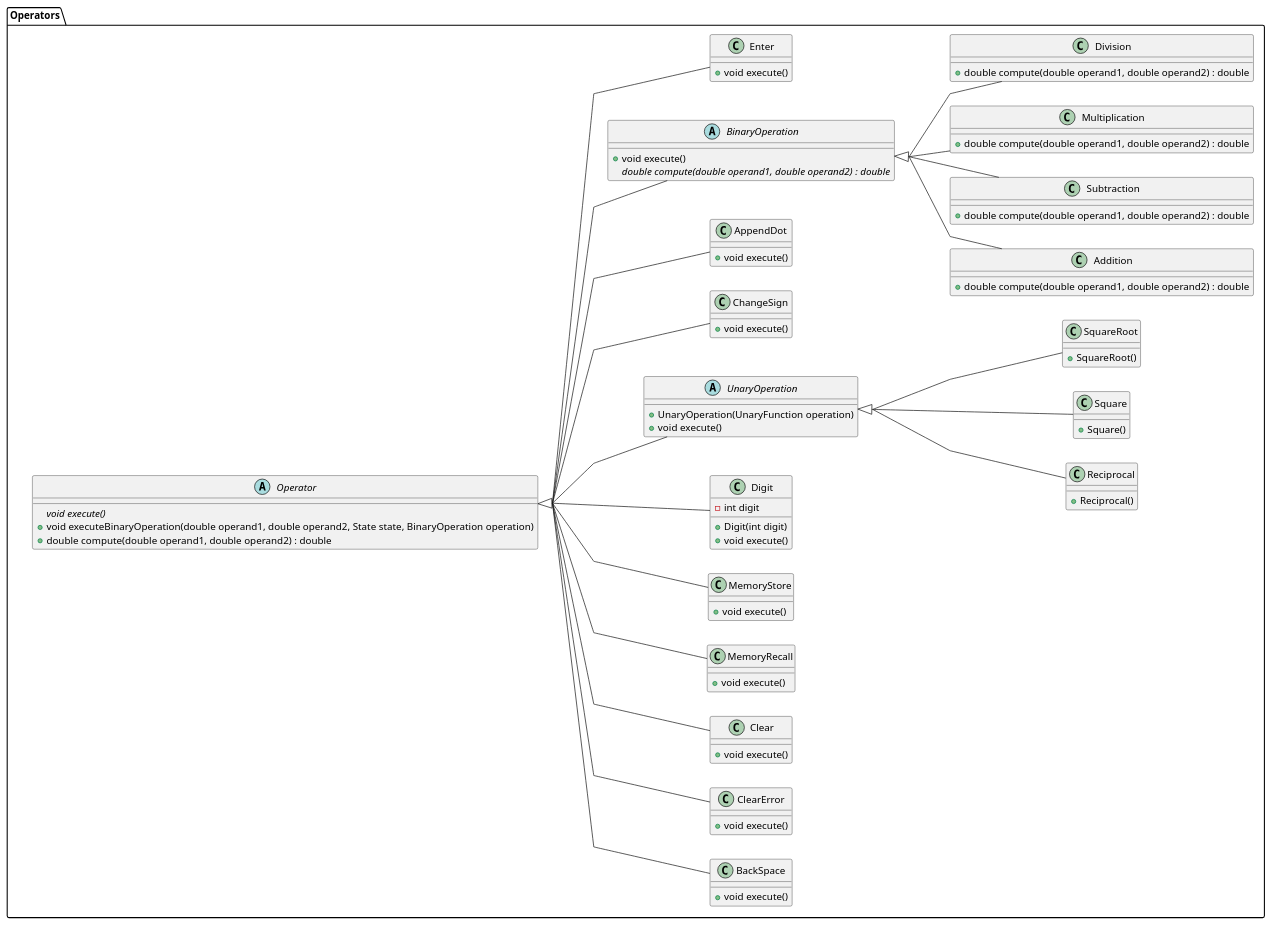
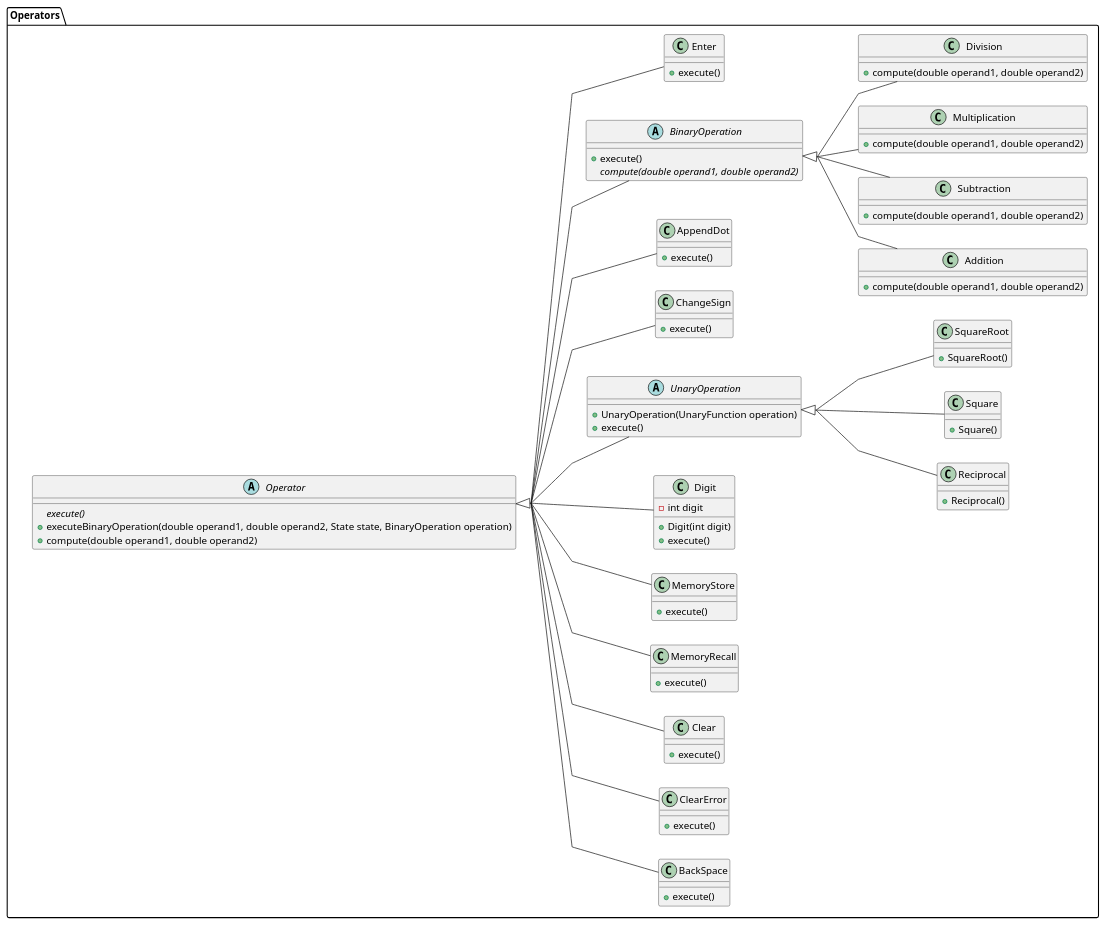
One commit to Dansnts/POO-Labo7 changed the diagram in UML_Diagrams/Operator_uml.puml. Above: the diagram before and after it, drawn with PlantUML. The commit also changed 6 other files, not shown here.

Commit message:
updated diagrams

```diff
--- a/UML_Diagrams/Operator_uml.puml
+++ b/UML_Diagrams/Operator_uml.puml
@@ -1,89 +1,89 @@
 @startuml
 skinparam linetype polyline
 skinparam groupInheritance 2
 left to right direction
 package "Operators" {
   abstract class Operator {
-    {abstract} void execute()
-    + void executeBinaryOperation(double operand1, double operand2, State state, BinaryOperation operation)
-    + double compute(double operand1, double operand2) : double
+    {abstract} execute()
+    + executeBinaryOperation(double operand1, double operand2, State state, BinaryOperation operation)
+    + compute(double operand1, double operand2)
   }
 
   class BackSpace extends Operator {
-    + void execute()
+    + execute()
   }
 
   class ClearError extends Operator {
-    + void execute()
+    + execute()
   }
 
   class Clear extends Operator {
-    + void execute()
+    + execute()
   }
 
   class MemoryRecall extends Operator {
-    + void execute()
+    + execute()
   }
 
   class MemoryStore extends Operator {
-    + void execute()
+    + execute()
   }
 
   class Digit extends Operator {
     - int digit
     + Digit(int digit)
-    + void execute()
+    + execute()
   }
 
   abstract class UnaryOperation extends Operator {
     + UnaryOperation(UnaryFunction operation)
-    + void execute()
+    + execute()
   }
 
   class ChangeSign extends Operator {
-    + void execute()
+    + execute()
   }
 
   class AppendDot extends Operator {
-    + void execute()
+    + execute() 
   }
 
   class Reciprocal extends UnaryOperation {
     + Reciprocal()
   }
 
   class Square extends UnaryOperation {
     + Square()
   }
 
   class SquareRoot extends UnaryOperation {
     + SquareRoot()
   }
 
   abstract class BinaryOperation extends Operator {
-    + void execute()
-    {abstract} double compute(double operand1, double operand2) : double
+    + execute()
+    {abstract} compute(double operand1, double operand2)
   }
 
   class Addition extends BinaryOperation {
-    + double compute(double operand1, double operand2) : double
+    + compute(double operand1, double operand2)
   }
 
   class Subtraction extends BinaryOperation {
-    + double compute(double operand1, double operand2) : double
+    + compute(double operand1, double operand2)
   }
 
   class Multiplication extends BinaryOperation {
-    + double compute(double operand1, double operand2) : double
+    + compute(double operand1, double operand2)
   }
 
   class Division extends BinaryOperation {
-    + double compute(double operand1, double operand2) : double
+    + compute(double operand1, double operand2)
   }
 
   class Enter extends Operator {
-    + void execute()
+    + execute()
   }
 
 }
 @enduml
```
